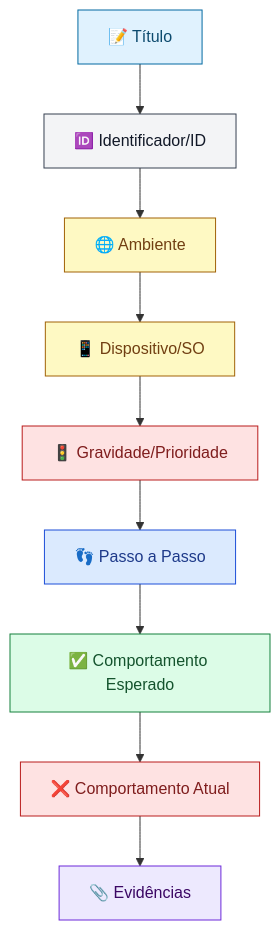
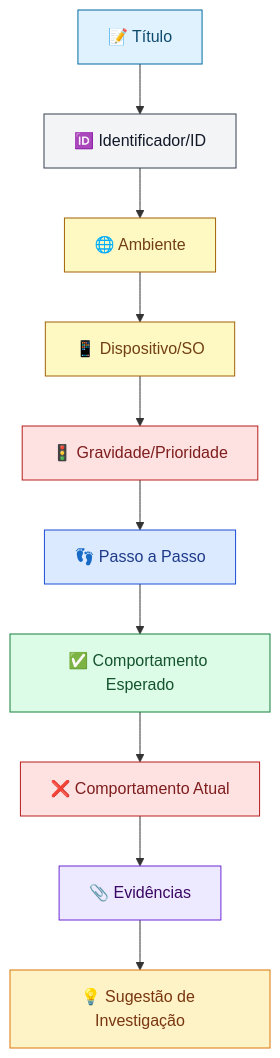
Before and after one commit to Czzped/conecta-fapes-teste: the diagram in test-cases/referencias/estrutura-criacao-de-bug.md, drawn with Mermaid. The commit also changed other lines of this file and 1 other file, not shown here.

````diff
--- a/test-cases/referencias/estrutura-criacao-de-bug.md
+++ b/test-cases/referencias/estrutura-criacao-de-bug.md
@@ -9,21 +9,23 @@
 ```mermaid
 flowchart TD
     A[📝 Título] --> B[🆔 Identificador/ID]
     B --> C[🌐 Ambiente]
     C --> D[📱 Dispositivo/SO]
     D --> E[🚦 Gravidade/Prioridade]
     E --> F[👣 Passo a Passo]
     F --> G[✅ Comportamento Esperado]
     G --> H[❌ Comportamento Atual]
     H --> I[📎 Evidências]
+    I --> J[💡 Sugestão de Investigação]
 
     style A fill:#e0f2fe,stroke:#0369a1,color:#0c4a6e
     style B fill:#f3f4f6,stroke:#374151,color:#111827
     style C fill:#fef9c3,stroke:#a16207,color:#713f12
     style D fill:#fef9c3,stroke:#a16207,color:#713f12
     style E fill:#fee2e2,stroke:#b91c1c,color:#7f1d1d
     style F fill:#dbeafe,stroke:#1d4ed8,color:#1e3a8a
     style G fill:#dcfce7,stroke:#15803d,color:#14532d
     style H fill:#fee2e2,stroke:#b91c1c,color:#7f1d1d
     style I fill:#ede9fe,stroke:#6d28d9,color:#3b0764
+    style J fill:#fef3c7,stroke:#d97706,color:#78350f
 ```
````
